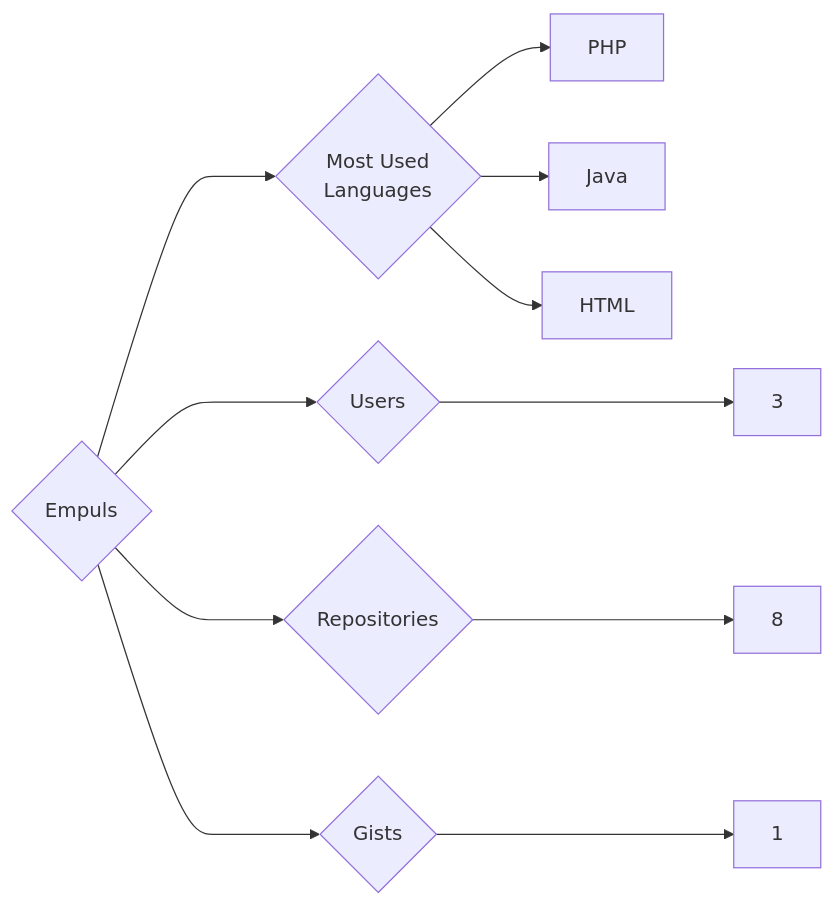
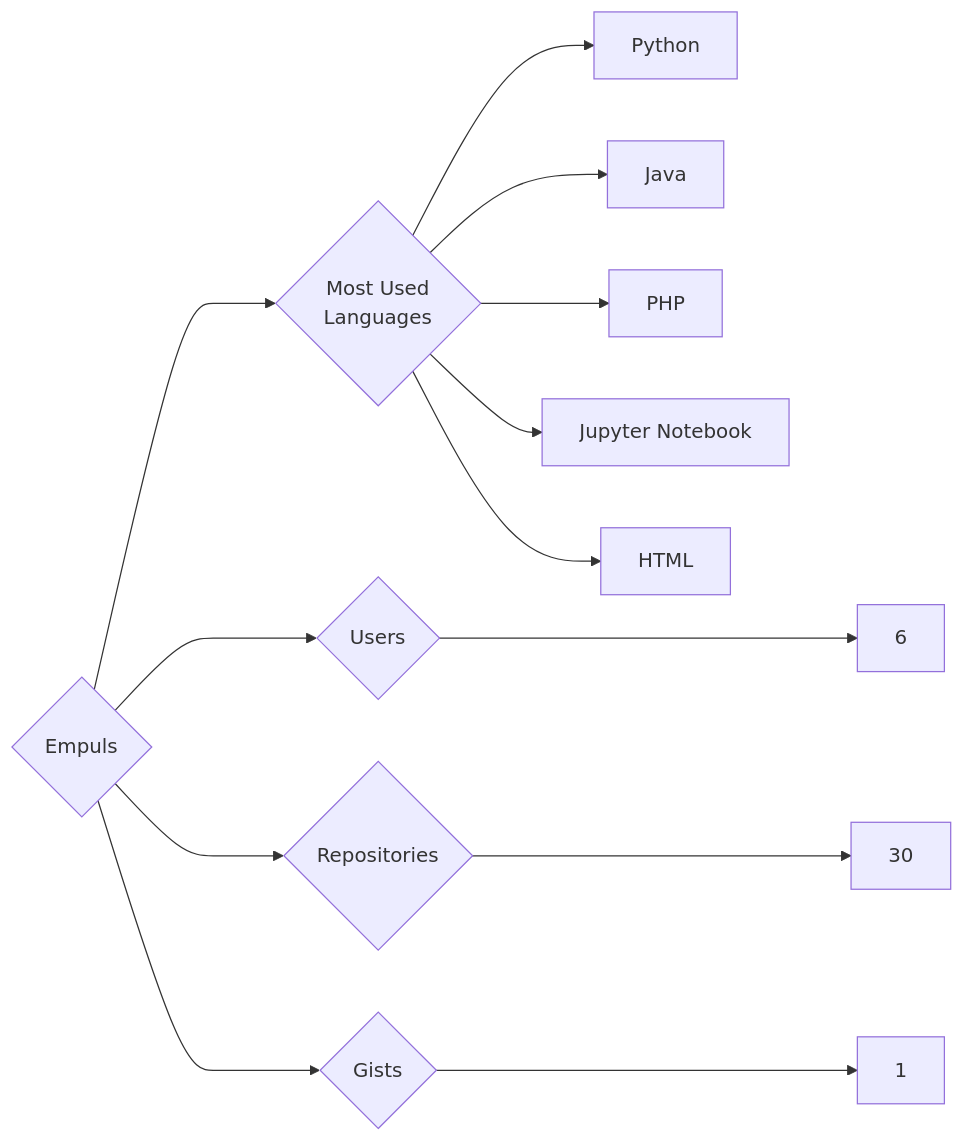
The diagram in targets/Empuls/README.md (trickest/insiders), drawn with Mermaid before and after one commit. The commit also changed 1089 other files, not shown here.

````diff
--- a/targets/Empuls/README.md
+++ b/targets/Empuls/README.md
@@ -3,11 +3,13 @@
 ```mermaid
 graph LR
 COMPANY_NAME{Empuls}
-COMPANY_NAME ---> U{Users} ---> UN[3]
-COMPANY_NAME ---> R{Repositories} ---> RN[8]
+COMPANY_NAME ---> U{Users} ---> UN[6]
+COMPANY_NAME ---> R{Repositories} ---> RN[30]
 COMPANY_NAME ---> G{Gists} ---> GN[1]
 COMPANY_NAME ---> ML{Most Used<br>Languages}
+ML --> Python[Python]
+ML --> Java[Java]
 ML --> PHP[PHP]
-ML --> Java[Java]
+ML --> Jupyter_Notebook[Jupyter Notebook]
 ML --> HTML[HTML]
 ```
````
